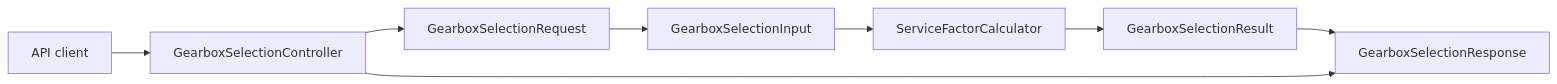
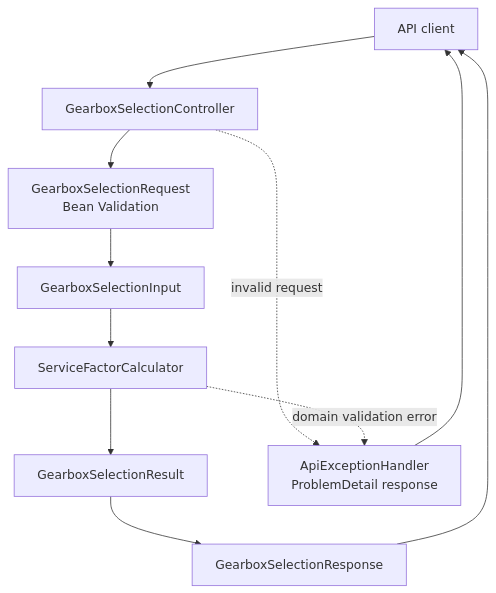
One commit to flowmari/industrial-gearbox-sf-selector changed the diagram in docs/ARCHITECTURE.md. Above: the diagram before and after it, drawn with Mermaid.

Commit message:
docs: clarify architecture diagram
Documentation-only update. No runtime behavior changes.

````diff
--- a/docs/ARCHITECTURE.md
+++ b/docs/ARCHITECTURE.md
@@ -9,10 +9,23 @@
 ```mermaid
-flowchart LR
-    Client[API client] --> Controller[GearboxSelectionController]
-    Controller --> Request[GearboxSelectionRequest]
-    Request --> DomainInput[GearboxSelectionInput]
-    DomainInput --> Calculator[ServiceFactorCalculator]
-    Calculator --> Result[GearboxSelectionResult]
-    Result --> Response[GearboxSelectionResponse]
-    Controller --> Response
+flowchart TD
+    Client[API client]
+    Controller[GearboxSelectionController]
+    Request["GearboxSelectionRequest<br/>Bean Validation"]
+    DomainInput[GearboxSelectionInput]
+    Calculator[ServiceFactorCalculator]
+    Result[GearboxSelectionResult]
+    Response[GearboxSelectionResponse]
+    Problem["ApiExceptionHandler<br/>ProblemDetail response"]
+
+    Client --> Controller
+    Controller --> Request
+    Request --> DomainInput
+    DomainInput --> Calculator
+    Calculator --> Result
+    Result --> Response
+    Response --> Client
+
+    Controller -. invalid request .-> Problem
+    Calculator -. domain validation error .-> Problem
+    Problem --> Client
 ```
````
